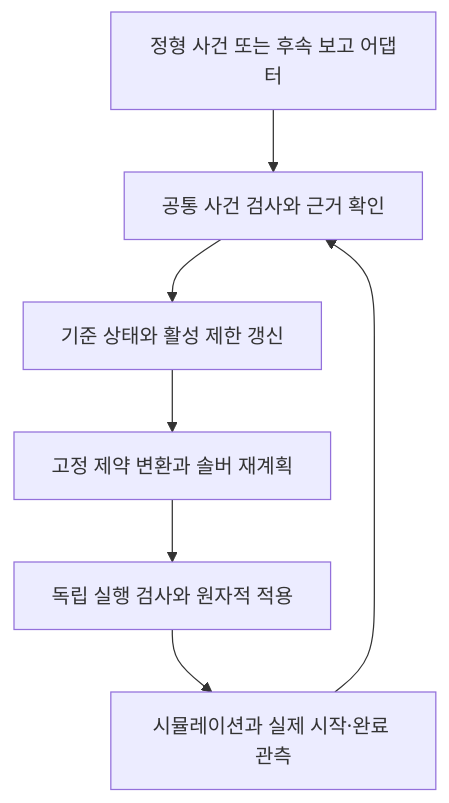
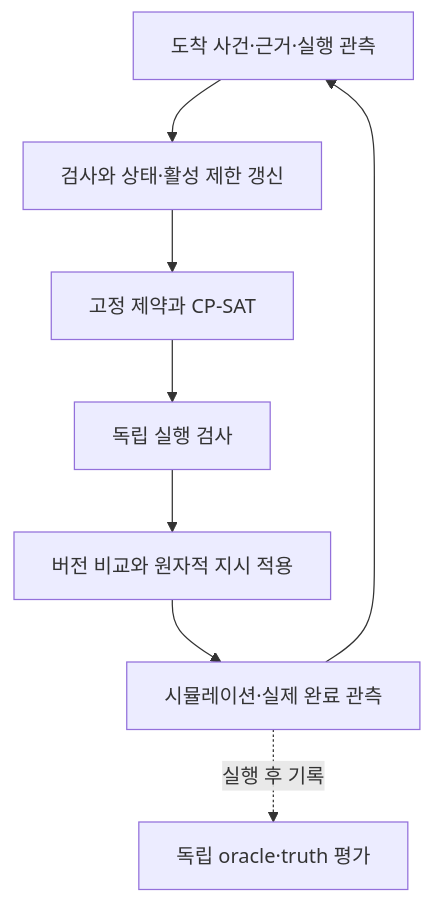
One commit to yumsj0626-afk/shipyard-welding-automation changed the diagram in README.md. Above: the diagram before and after it, drawn with Mermaid. The commit also changed other lines of this file and 62 other files, not shown here.

First line of the commit message:
feat: implement structured-event welding automation flow

````diff
--- a/README.md
+++ b/README.md
@@ -34,9 +51,10 @@
 ```mermaid
 flowchart TD
-    A["정형 사건 또는 후속 보고 어댑터"] --> B["공통 사건 검사와 근거 확인"]
-    B --> C["기준 상태와 활성 제한 갱신"]
-    C --> D["고정 제약 변환과 솔버 재계획"]
-    D --> E["독립 실행 검사와 원자적 적용"]
-    E --> F["시뮬레이션과 실제 시작·완료 관측"]
-    F --> B
+    A["도착 사건·근거·실행 관측"] --> B["검사와 상태·활성 제한 갱신"]
+    B --> C["고정 제약과 CP-SAT"]
+    C --> D["독립 실행 검사"]
+    D --> E["버전 비교와 원자적 지시 적용"]
+    E --> F["시뮬레이션·실제 완료 관측"]
+    F --> A
+    F -. 실행 후 기록 .-> G["독립 oracle·truth 평가"]
 ```
````
